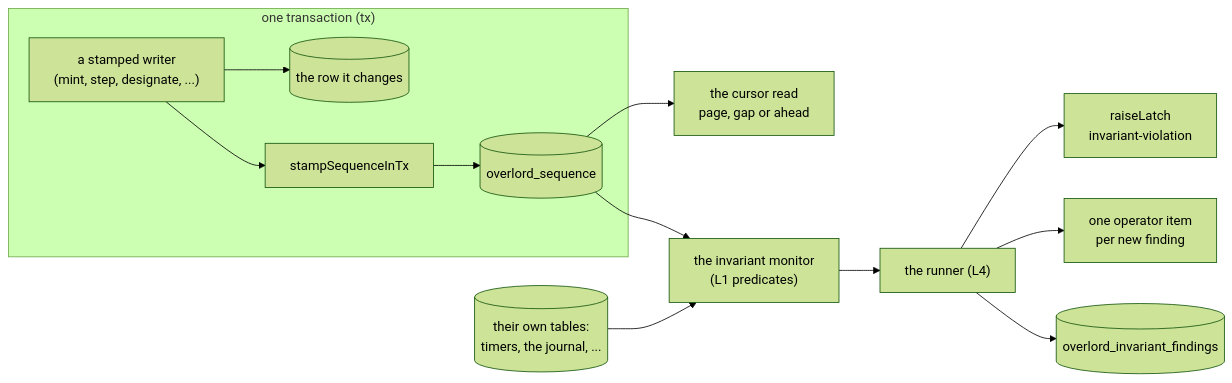
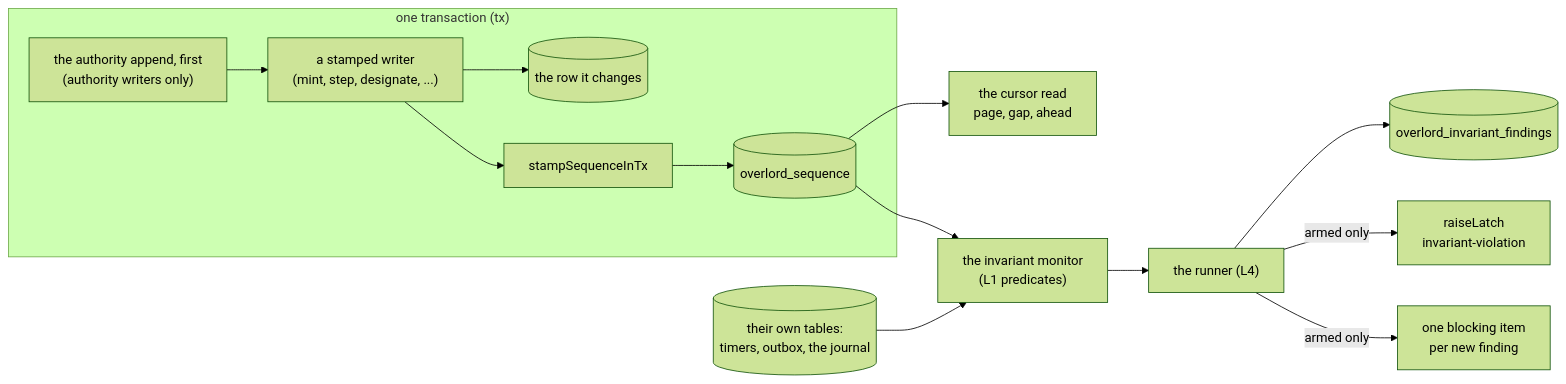
The first of 2 diagrams in docs/superpowers/plans/2026-11-14-overlord-w1/w1-sequence-monitor.md (Synapsium-Labs/ccrc-pwa), drawn with Mermaid (forest theme) before and after one commit. The commit also changed other lines of this file, not shown here.

First line of the commit message:
docs(plan): sequence and monitor, fix round 1 (review 2170)

````diff
--- a/docs/superpowers/plans/2026-11-14-overlord-w1/w1-sequence-monitor.md
+++ b/docs/superpowers/plans/2026-11-14-overlord-w1/w1-sequence-monitor.md
@@ -92,15 +98,16 @@
 ```mermaid
 flowchart LR
   subgraph TX["one transaction (tx)"]
-    W["a stamped writer<br/>(mint, step, designate, ...)"] --> ROW[("the row it changes")]
+    J["the authority append, first<br/>(authority writers only)"] --> W["a stamped writer<br/>(mint, step, designate, ...)"]
+    W --> ROW[("the row it changes")]
     W --> S["stampSequenceInTx"]
     S --> SQ[("overlord_sequence")]
   end
-  SQ --> CR["the cursor read<br/>page, gap or ahead"]
+  SQ --> CR["the cursor read<br/>page, gap, ahead"]
   SQ --> MON["the invariant monitor<br/>(L1 predicates)"]
-  T[("their own tables:<br/>timers, the journal, ...")] --> MON
+  T[("their own tables:<br/>timers, outbox, the journal")] --> MON
   MON --> RUN["the runner (L4)"]
-  RUN --> L["raiseLatch<br/>invariant-violation"]
-  RUN --> I["one operator item<br/>per new finding"]
   RUN --> F[("overlord_invariant_findings")]
+  RUN -->|"armed only"| L["raiseLatch<br/>invariant-violation"]
+  RUN -->|"armed only"| I["one blocking item<br/>per new finding"]
 ```
````
